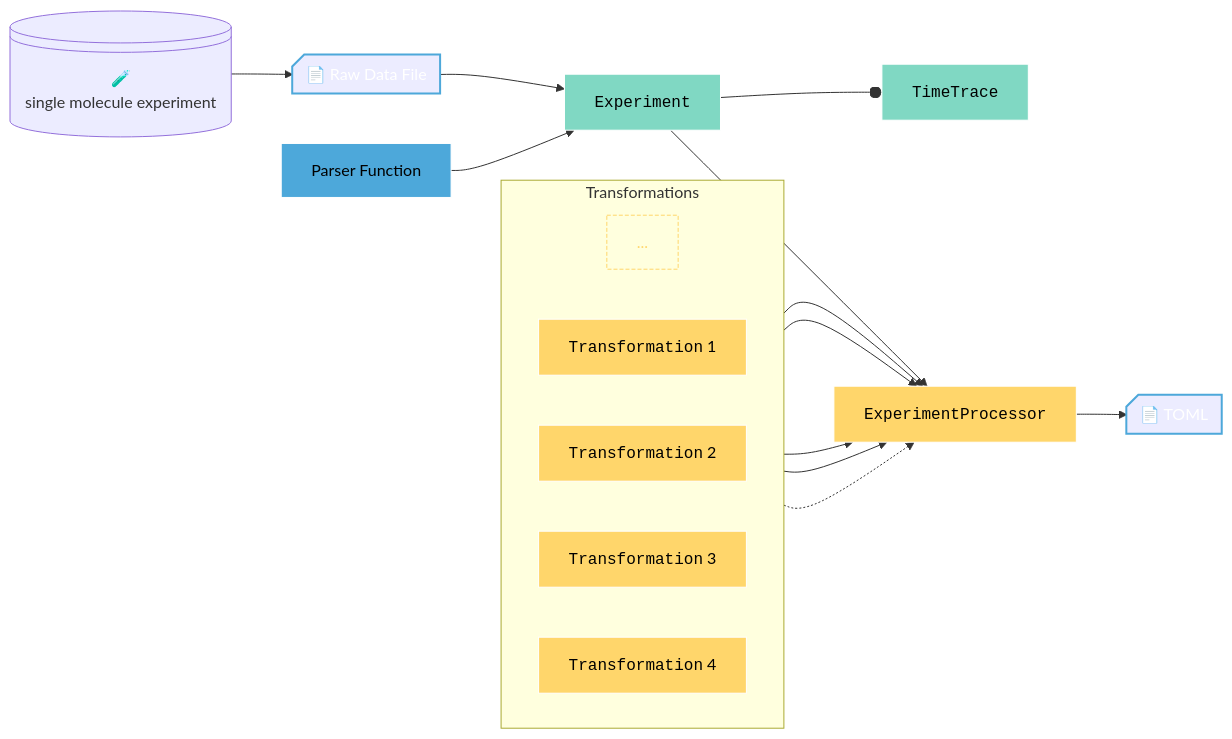
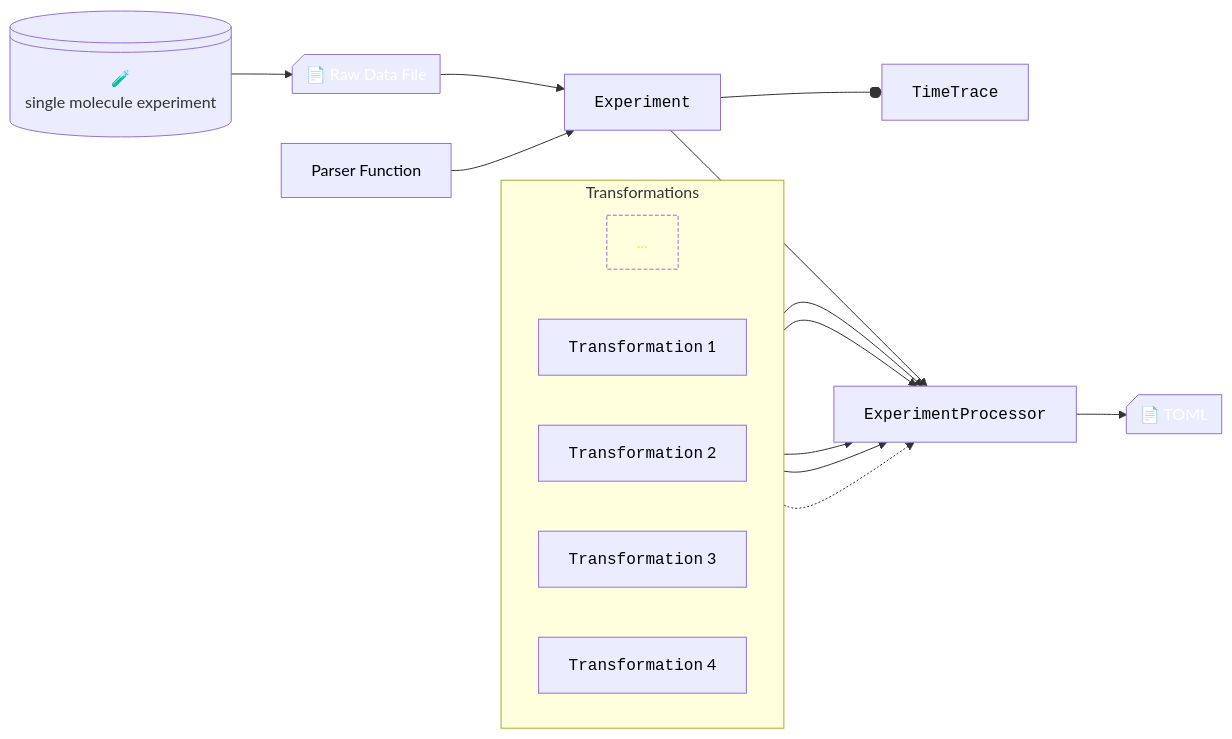
One commit to KleinMisha/time-trace-tools changed the sixth of 6 diagrams in docs/software_design.md. Above: the diagram before and after it, drawn with Mermaid. The commit also changed other lines of this file, not shown here.

````diff
--- a/docs/software_design.md
+++ b/docs/software_design.md
@@ -165,43 +147,43 @@
 ```mermaid
 graph LR
     %% Node styles    
-    classDef fileNode fill:#white,stroke:#4DA8DA,stroke-width:2px, color:white
-    classDef dataIO fill:#4DA8DA, stroke:white, color:black, stroke-width:1px
-    classDef dataTypes fill:#80D8C3, stroke:white, color:black,stroke-width:1px
-    classDef dataProcessing fill:#FFD66B, stroke:white, color:black,stroke-width:1px
-    classDef placeholder fill:none, stroke:#FFD66B, color:#FFD66B,stroke-dasharray: 4 2, stroke-width:1px
+    classDef fileNode fill:stroke-width:2px, color:white
+    classDef dataIO  color:black, stroke-width:1px
+    classDef dataTypes  color:black,stroke-width:1px
+    classDef dataProcessing  color:black,stroke-width:1px
+    classDef placeholder fill:none, color:#FFD66B,stroke-dasharray: 4 2, stroke-width:1px
 
   
 
     SMB["🧪<br/>single molecule experiment"]
     RawData["📄 Raw Data File"]:::fileNode
     DataLoaderFn["Parser Function"]:::dataIO
     Experiment["<code>Experiment</code>"]:::dataTypes
     TimeTrace["<code>TimeTrace</code>"]:::dataTypes
     ExperimentProcessor["<code>ExperimentProcessor</code>"]:::dataProcessing
     OutputFile["📄 TOML"]:::fileNode
     Ellipsis["..."]:::placeholder
 
 
     SMB@{shape: lin-cyl} --> RawData@{shape: notch-rect}
     RawData --> Experiment
     DataLoaderFn --> Experiment
     Experiment --o TimeTrace
     Experiment --> ExperimentProcessor
 
     subgraph Transformations 
         direction LR
         Transformation1["<code>Transformation</code> 1"]:::dataProcessing
         Transformation2["<code>Transformation</code> 2"]:::dataProcessing
         Transformation3["<code>Transformation</code> 3"]:::dataProcessing
         Transformation4["<code>Transformation</code> 4"]:::dataProcessing
         Ellipsis
     end
 
     Transformation1 --> ExperimentProcessor
     Transformation2 --> ExperimentProcessor
     Transformation3 --> ExperimentProcessor
     Transformation4 --> ExperimentProcessor
     Ellipsis@{shape: rect} -.-> ExperimentProcessor
     ExperimentProcessor --> OutputFile@{shape: notch-rect}
 ```
````
